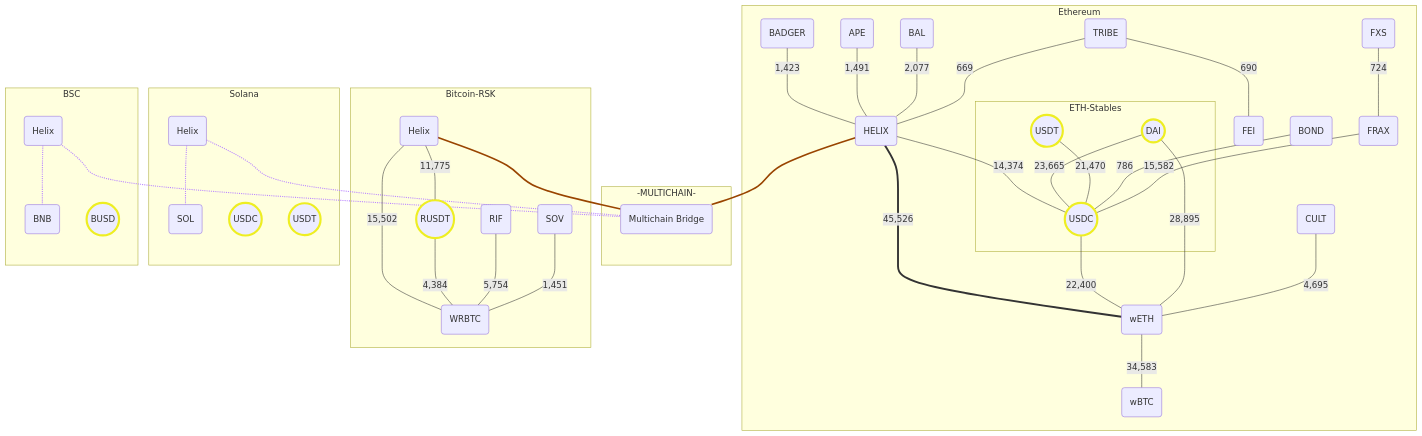
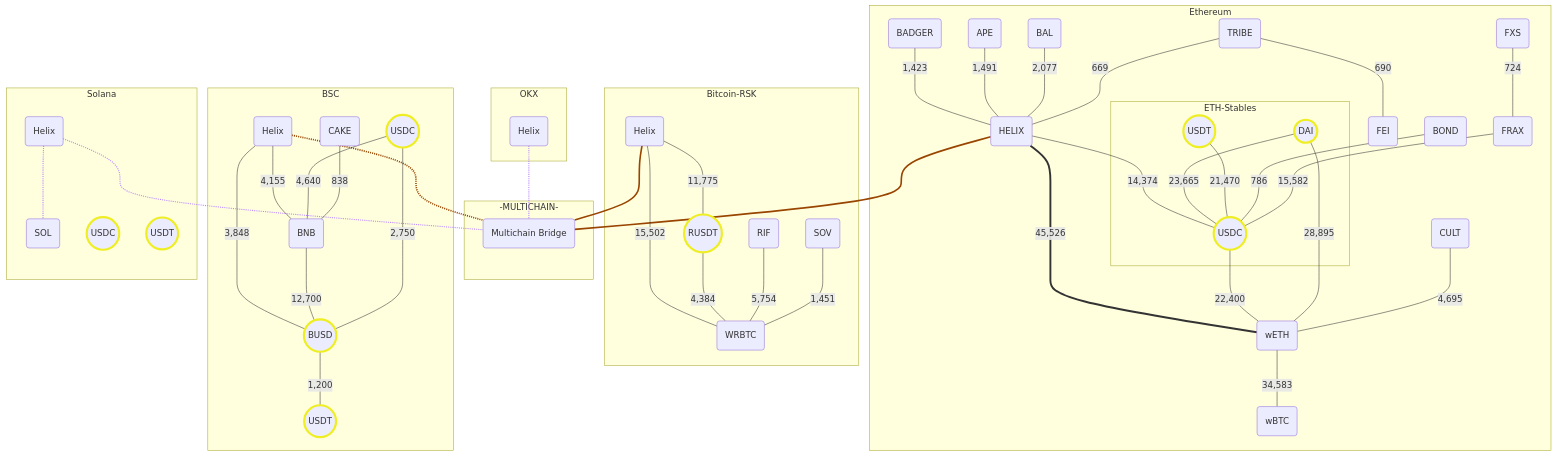
One commit to WaggMe/documentation-examples changed the second of 2 diagrams in helix-finance/liquidity-pools.md. Above: the diagram before and after it, drawn with Mermaid.

````diff
--- a/helix-finance/liquidity-pools.md
+++ b/helix-finance/liquidity-pools.md
@@ -45,12 +45,12 @@
     Helix --- MC_SWAP
     BSC_Helix -.- MC_SWAP
     SOL_Helix -.- MC_SWAP
+    OKX_Helix -.- MC_SWAP
 
     SOL_Helix -.- Sol
-    BSC_Helix -.- BNB
 
-    linkStyle 0,1 stroke:#940,stroke-width:3px;
-    linkStyle 2,3,4,5 stroke:#B8F,stroke-width:2px;
+    linkStyle 0,1,2 stroke:#940,stroke-width:3px;
+    linkStyle 3,4,5 stroke:#B8F,stroke-width:2px;
 
     subgraph -MULTICHAIN-
         MC_SWAP(Multichain Bridge)
@@ -109,16 +109,31 @@
         SOV --- |1,451| RBTC
     end
 
+    subgraph BSC
+        BNB(BNB)
+        BSC_Helix(Helix)
+        BSC_CAKE(CAKE)
+        BUSD((BUSD)):::stable
+        BSC_USDC((USDC)):::stable
+        BSC_USDT((USDT)):::stable
+
+        BSC_Helix --- |4,155| BNB
+        BSC_Helix --- |3,848| BUSD
+        BNB --- |12,700| BUSD
+        BSC_USDC --- |2,750| BUSD
+        BUSD --- |1,200| BSC_USDT
+        BSC_USDC --- |4,640| BNB
+        BSC_CAKE --- |838| BNB
+    end
+
+    subgraph OKX
+        OKX_Helix(Helix)
+    end
+
     subgraph Solana
         Sol(SOL)
         SOL_Helix(Helix)
         SOL_USDC((USDC)):::stable
         SOL_USDT((USDT)):::stable
     end
-
-    subgraph BSC
-        BNB(BNB)
-        BSC_Helix(Helix)
-        BUSDC((BUSD)):::stable
-    end
 ```
````
